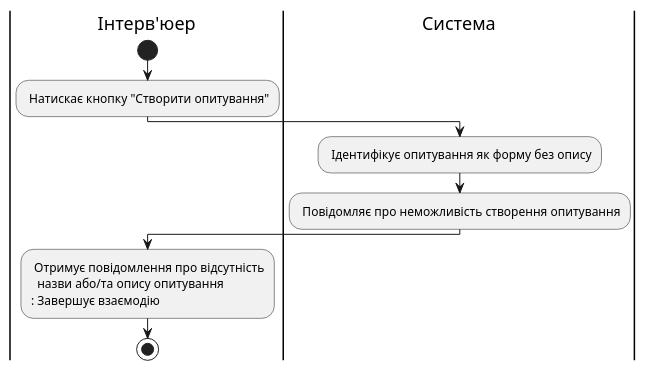
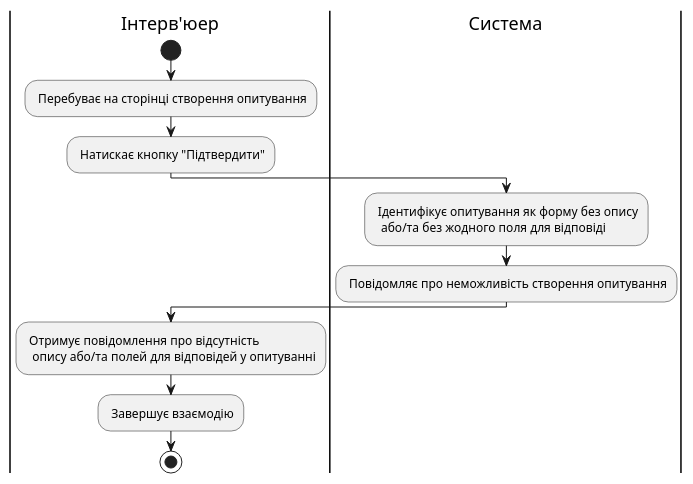
Before and after one commit to michigang1/ImForms: diagram 22 of 22 in docs/use cases/README.md, drawn with PlantUML. The commit also changed other lines of this file, not shown here.

Commit message:
Added some changes in diagrams of scenarios

```diff
--- a/docs/use cases/README.md
+++ b/docs/use cases/README.md
@@ -978,16 +978,18 @@
 @startuml
 
 |Інтерв'юер|
 start
-: Натискає кнопку "Створити опитування";
+: Перебуває на сторінці створення опитування;
+: Натискає кнопку "Підтвердити";
 
 |Система|
-: Ідентифікує опитування як форму без опису;
+: Ідентифікує опитування як форму без опису 
+  або/та без жодного поля для відповіді;
 : Повідомляє про неможливість створення опитування;
 
 |Інтерв'юер|
 : Отримує повідомлення про відсутність
-  назви або/та опису опитування
+  опису або/та полей для відповідей у опитуванні;
 : Завершує взаємодію;
 stop;
 @enduml
```
